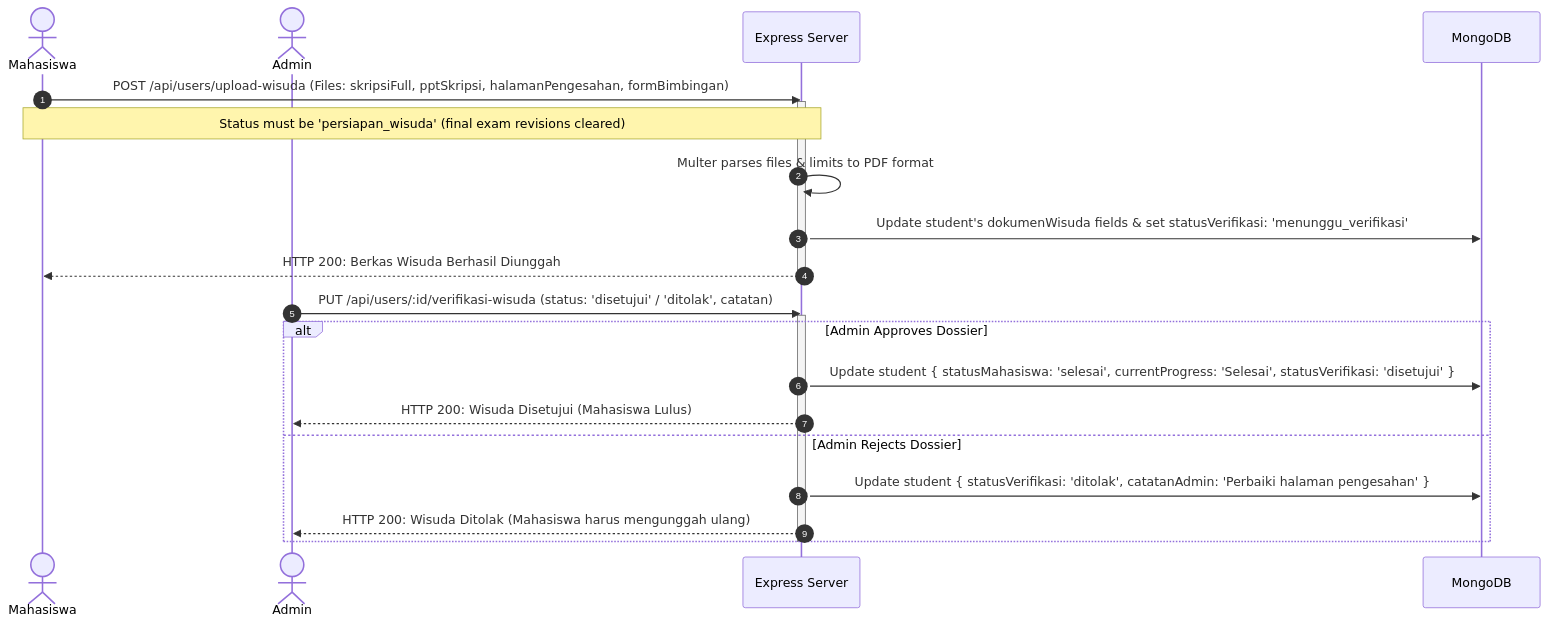
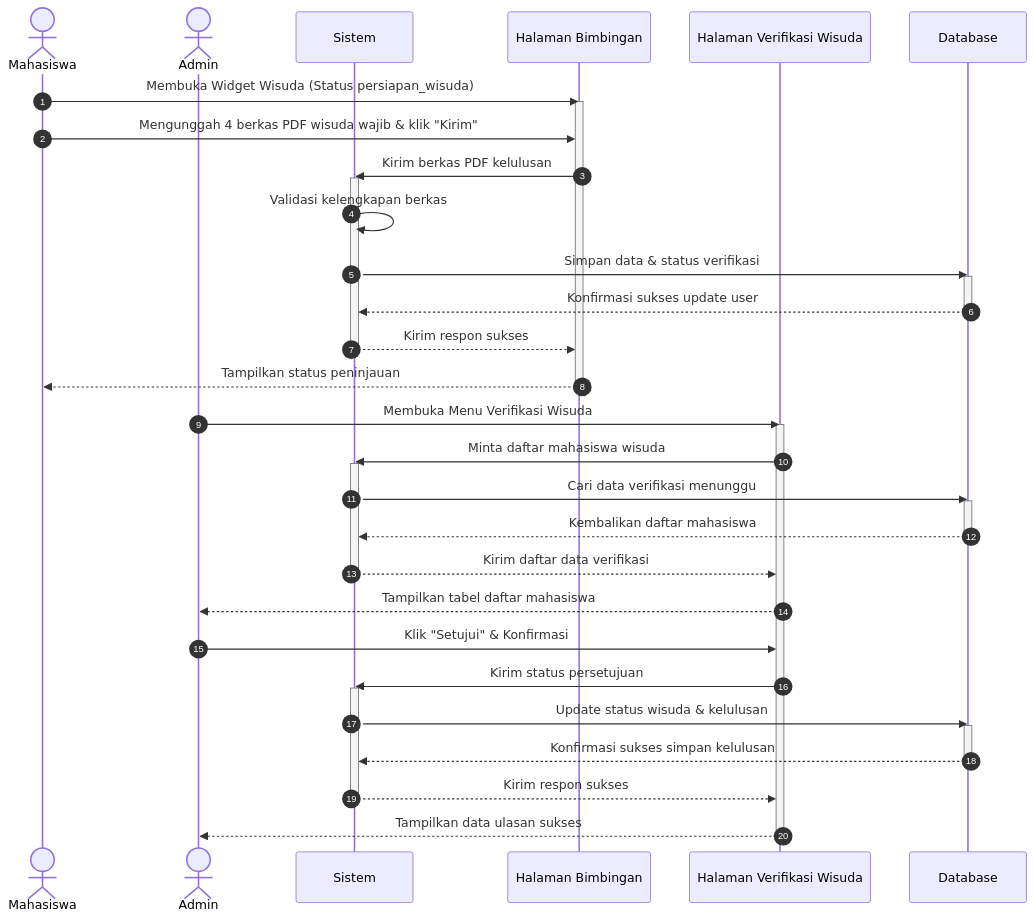
Diagram 12 of 15 in memoryUML.md (MunMunDyka/simta-newest), drawn with Mermaid before and after one commit. The commit also changed other lines of this file and 4 other files, not shown here.

````diff
--- a/memoryUML.md
+++ b/memoryUML.md
@@ -335,28 +570,49 @@
 ```mermaid
 sequenceDiagram
     autonumber
     actor M as Mahasiswa
     actor A as Admin
-    participant API as Express Server
-    participant DB as MongoDB
+    participant SV as Sistem
+    participant MV as Halaman Bimbingan
+    participant AV as Halaman Verifikasi Wisuda
+    participant DB as Database
 
-    M->>API: POST /api/users/upload-wisuda (Files: skripsiFull, pptSkripsi, halamanPengesahan, formBimbingan)
-    activate API
-    Note over M,API: Status must be 'persiapan_wisuda' (final exam revisions cleared)
-    API->>API: Multer parses files & limits to PDF format
-    API->>DB: Update student's dokumenWisuda fields & set statusVerifikasi: 'menunggu_verifikasi'
-    API-->>M: HTTP 200: Berkas Wisuda Berhasil Diunggah
-    deactivate API
-
-    A->>API: PUT /api/users/:id/verifikasi-wisuda (status: 'disetujui' / 'ditolak', catatan)
-    activate API
+    M->>MV: Membuka Widget Wisuda (Status persiapan_wisuda)
+    activate MV
+    M->>MV: Mengunggah 4 berkas PDF wisuda wajib & klik "Kirim"
+    MV->>SV: Kirim berkas PDF kelulusan
+    activate SV
+    SV->>SV: Validasi kelengkapan berkas
+    SV->>DB: Simpan data & status verifikasi
+    activate DB
+    DB-->>SV: Konfirmasi sukses update user
+    deactivate DB
+    SV-->>MV: Kirim respon sukses
+    deactivate SV
+    MV-->>M: Tampilkan status peninjauan
+    deactivate MV
     
-    alt Admin Approves Dossier
-        API->>DB: Update student { statusMahasiswa: 'selesai', currentProgress: 'Selesai', statusVerifikasi: 'disetujui' }
-        API-->>A: HTTP 200: Wisuda Disetujui (Mahasiswa Lulus)
-    else Admin Rejects Dossier
-        API->>DB: Update student { statusVerifikasi: 'ditolak', catatanAdmin: 'Perbaiki halaman pengesahan' }
-        API-->>A: HTTP 200: Wisuda Ditolak (Mahasiswa harus mengunggah ulang)
-    end
-    deactivate API
+    A->>AV: Membuka Menu Verifikasi Wisuda
+    activate AV
+    AV->>SV: Minta daftar mahasiswa wisuda
+    activate SV
+    SV->>DB: Cari data verifikasi menunggu
+    activate DB
+    DB-->>SV: Kembalikan daftar mahasiswa
+    deactivate DB
+    SV-->>AV: Kirim daftar data verifikasi
+    deactivate SV
+    AV-->>A: Tampilkan tabel daftar mahasiswa
+    
+    A->>AV: Klik "Setujui" & Konfirmasi
+    AV->>SV: Kirim status persetujuan
+    activate SV
+    SV->>DB: Update status wisuda & kelulusan
+    activate DB
+    DB-->>SV: Konfirmasi sukses simpan kelulusan
+    deactivate DB
+    SV-->>AV: Kirim respon sukses
+    deactivate SV
+    AV-->>A: Tampilkan data ulasan sukses
+    deactivate AV
 ```
````
